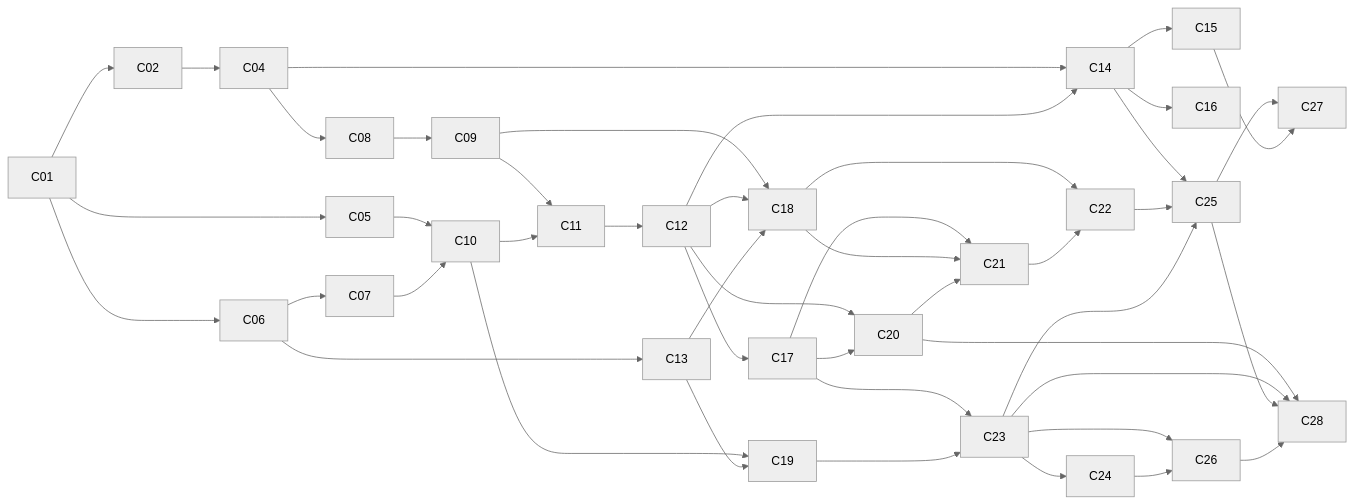
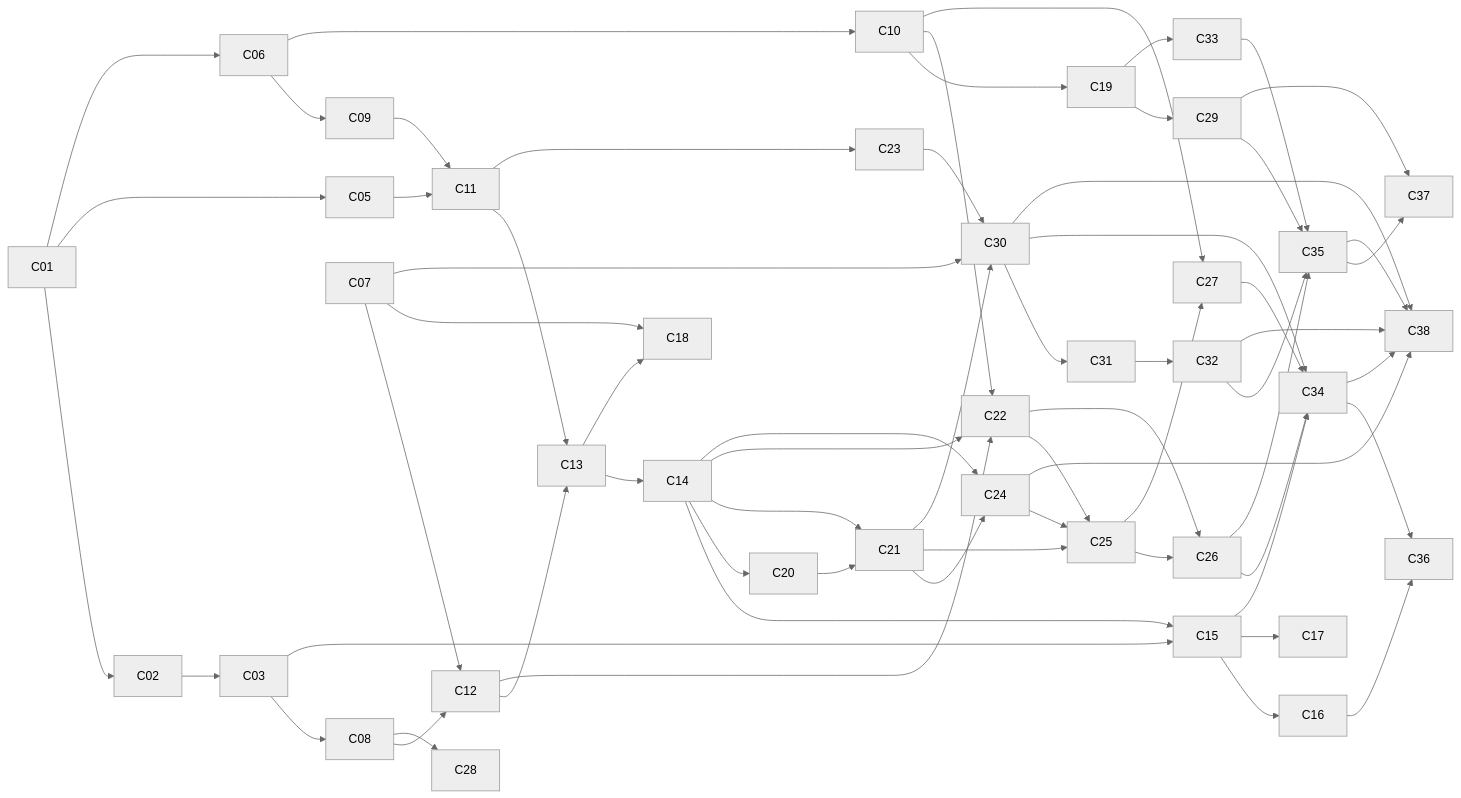
One commit to skydr4g0n-it/joiabagur-pv changed the diagram in Documentos/Proyecto Final AIEng/proyecto-final-plan-changes-openspec.md. Above: the diagram before and after it, drawn with Mermaid (neutral theme). The commit also changed other lines of this file and 3 other files, not shown here.

````diff
--- a/Documentos/Proyecto Final AIEng/proyecto-final-plan-changes-openspec.md
+++ b/Documentos/Proyecto Final AIEng/proyecto-final-plan-changes-openspec.md
@@ -408,27 +494,34 @@
 ```mermaid
 flowchart LR
     C01 --> C02 & C05 & C06
-    C02 --> C04
-    C04 --> C08 & C14
-    C05 --> C10
-    C06 --> C07 & C13
-    C07 --> C10
-    C08 --> C09
-    C09 --> C11 & C18
-    C10 --> C11 & C19
-    C11 --> C12
-    C12 --> C14 & C17 & C18 & C20
-    C13 --> C18 & C19
-    C14 --> C15 & C16 & C25
-    C17 --> C20 & C21 & C23
-    C18 --> C21 & C22
-    C19 --> C23
-    C20 --> C21 & C28
-    C21 --> C22
-    C22 --> C25
-    C23 --> C24 & C25 & C26 & C28
-    C24 --> C26
-    C25 --> C27 & C28
-    C26 --> C28
-    C15 --> C27
+    C02 --> C03
+    C03 --> C08 & C15
+    C05 --> C11
+    C06 --> C09 & C10
+    C07 --> C12 & C18 & C30
+    C08 --> C12 & C28
+    C09 --> C11
+    C10 --> C19 & C22 & C27
+    C11 --> C13 & C23
+    C12 --> C13 & C22
+    C13 --> C14 & C18
+    C14 --> C15 & C20 & C21 & C22 & C24
+    C15 --> C16 & C17 & C34
+    C16 --> C36
+    C19 --> C29 & C33
+    C20 --> C21
+    C21 --> C24 & C25 & C30
+    C22 --> C25 & C26
+    C23 --> C30
+    C24 --> C25 & C38
+    C25 --> C26 & C27
+    C26 --> C34 & C35
+    C27 --> C34
+    C29 --> C35 & C37
+    C30 --> C31 & C34 & C38
+    C31 --> C32
+    C32 --> C35 & C38
+    C33 --> C35
+    C34 --> C36 & C38
+    C35 --> C37 & C38
 ```
````
